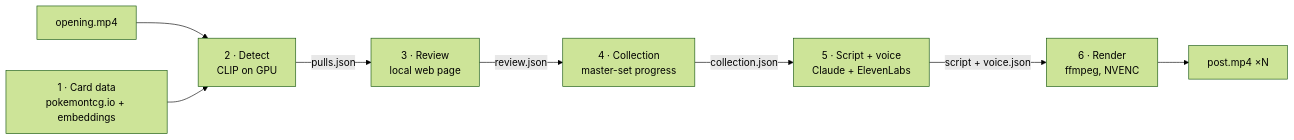
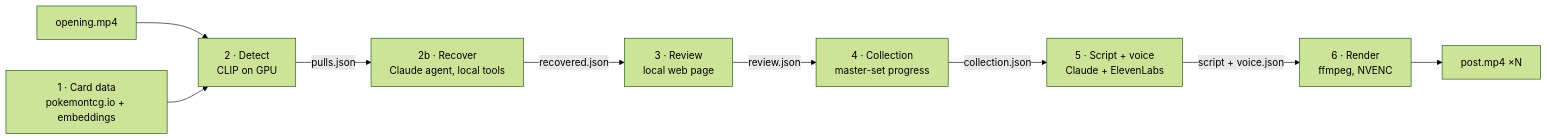
The diagram in README.md (cshipleygit/pokepipe), drawn with Mermaid (forest theme) before and after one commit. The commit also changed other lines of this file and 1 other file, not shown here.

First line of the commit message:
Docs: LangGraph engine, recovery agent and script critic

````diff
--- a/README.md
+++ b/README.md
@@ -21,10 +22,11 @@
 ```mermaid
 flowchart LR
     V[opening.mp4] --> D["2 · Detect<br/>CLIP on GPU"]
     C["1 · Card data<br/>pokemontcg.io + embeddings"] --> D
-    D -->|pulls.json| R["3 · Review<br/>local web page"]
+    D -->|pulls.json| A["2b · Recover<br/>Claude agent, local tools"]
+    A -->|recovered.json| R["3 · Review<br/>local web page"]
     R -->|review.json| K["4 · Collection<br/>master-set progress"]
     K -->|collection.json| N["5 · Script + voice<br/>Claude + ElevenLabs"]
     N -->|script + voice.json| E["6 · Render<br/>ffmpeg, NVENC"]
     E --> P[post.mp4 ×N]
 ```
````
